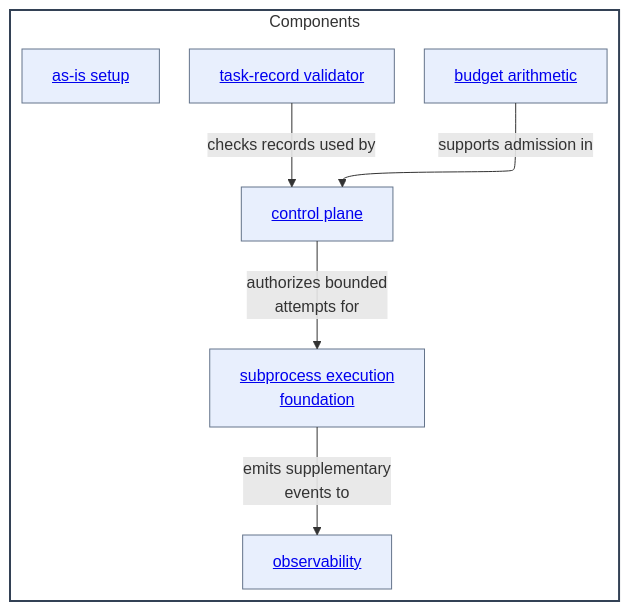
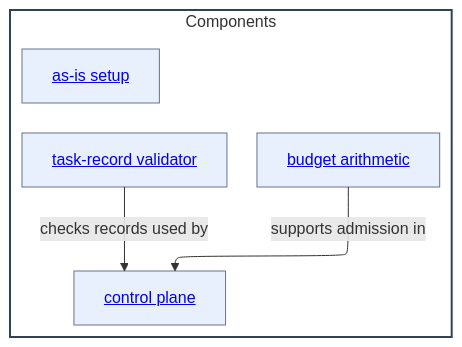
Before and after one commit to abstract-business-systems/as-is: the diagram in components/as-is.md, drawn with Mermaid. The commit also changed other lines of this file and 48 other files, not shown here.

````diff
--- a/components/as-is.md
+++ b/components/as-is.md
@@ -27,26 +25,21 @@
 ```mermaid
 ---
 config:
   layout: elk
 ---
 %%{init: {"securityLevel": "loose"}}%%
 flowchart TB
     subgraph Components["Components"]
         direction TB
         Setup["<a href='./as-is-setup/as-is.md#design'>as-is setup</a>"]
         Budget["<a href='./budget-control/as-is.md#design'>budget arithmetic</a>"]
         Validator["<a href='./task-record-validator/as-is.md#design'>task-record validator</a>"]
         Control["<a href='./control-plane/as-is.md#design'>control plane</a>"]
-        Subprocess["<a href='./subprocess-execution-foundation/as-is.md#design'>subprocess execution<br/>foundation</a>"]
-        Observability["<a href='./observability/as-is.md#design'>observability</a>"]
-
         Budget -->|supports admission in| Control
-        Control -->|authorizes bounded<br/>attempts for| Subprocess
-        Subprocess -->|emits supplementary<br/>events to| Observability
         Validator -->|checks records used by| Control
     end
     classDef component fill:#f8fafc,fill-opacity:0.1,stroke:#334155,stroke-width:2px
     classDef child fill:#2563eb,fill-opacity:0.1,stroke:#64748b,stroke-width:1px
     class Components component
-    class Setup,Budget,Control,Observability,Subprocess,Validator child
+    class Setup,Budget,Control,Validator child
 ```
````
